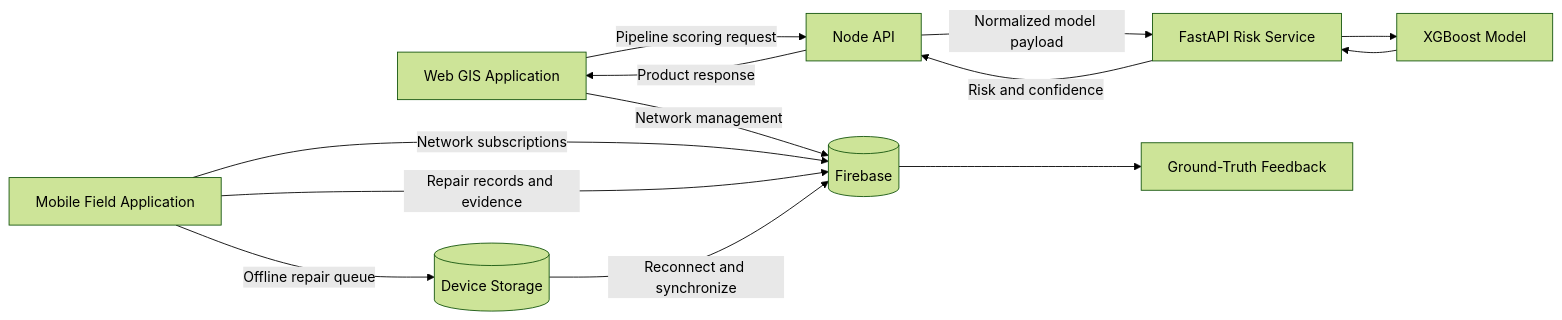
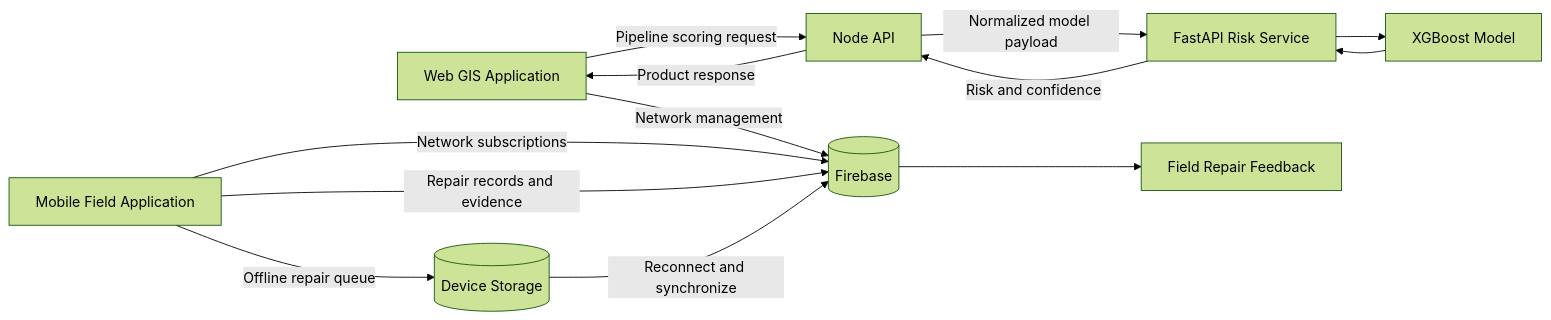
One commit to Sahan-Gunawardhana/pipeiq-submission-public changed the diagram in README.md. Above: the diagram before and after it, drawn with Mermaid (forest theme). The commit also changed other lines of this file, not shown here.

````diff
--- a/README.md
+++ b/README.md
@@ -101,15 +111,15 @@
 ```mermaid
 flowchart LR
     A[Web GIS Application] -->|Network management| D[(Firebase)]
     A -->|Pipeline scoring request| B[Node API]
     B -->|Normalized model payload| C[FastAPI Risk Service]
     C --> E[XGBoost Model]
     E --> C
     C -->|Risk and confidence| B
     B -->|Product response| A
     F[Mobile Field Application] -->|Network subscriptions| D
     F -->|Repair records and evidence| D
     F -->|Offline repair queue| G[(Device Storage)]
     G -->|Reconnect and synchronize| D
-    D --> H[Ground-Truth Feedback]
+    D --> H[Field Repair Feedback]
 ```
````
